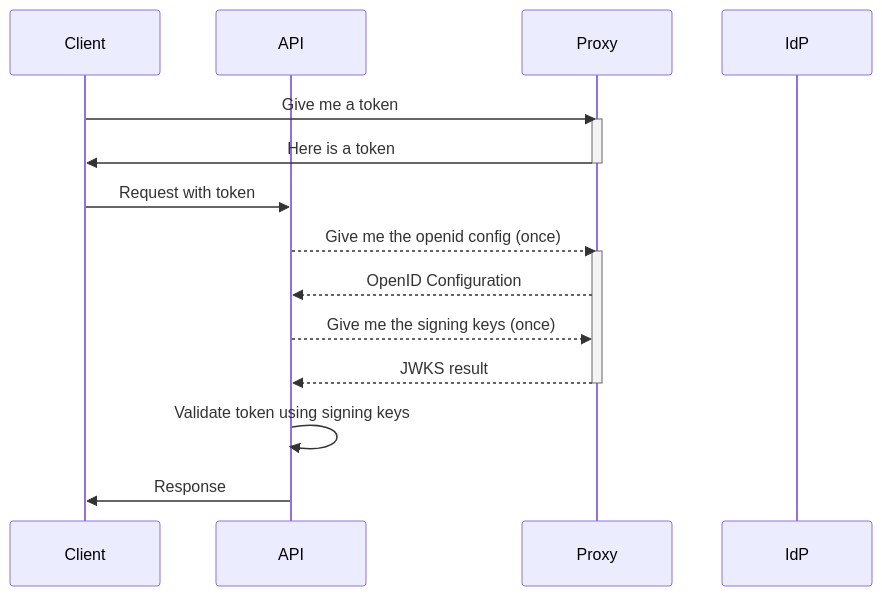
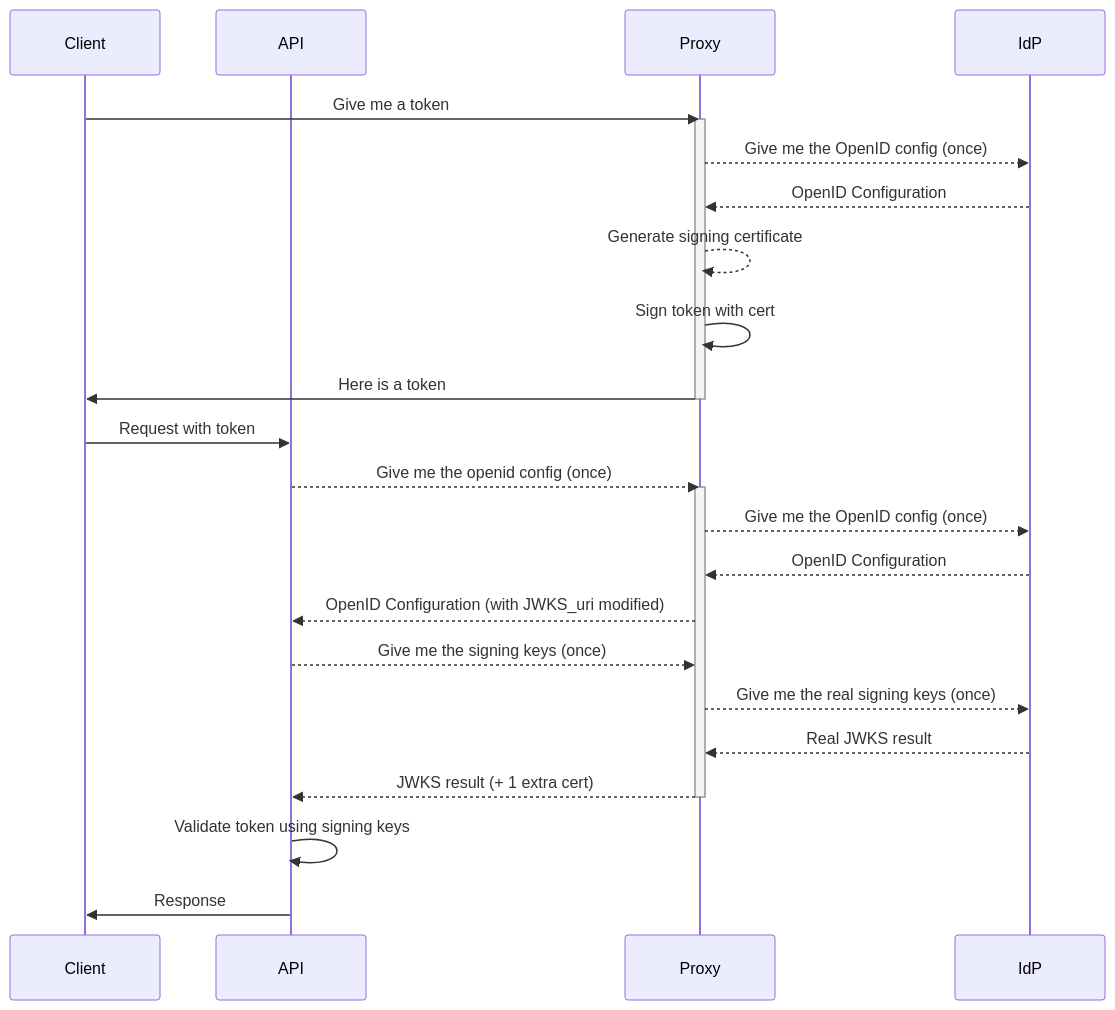
One commit to svrooij/identityproxy changed the second of 2 diagrams in README.md. Above: the diagram before and after it, drawn with Mermaid. The commit also changed other lines of this file and 7 other files, not shown here.

````diff
--- a/README.md
+++ b/README.md
@@ -33,20 +116,28 @@
 ```mermaid
   sequenceDiagram
     participant Client
     participant API
     participant Proxy
     participant IdP
     Client->>Proxy: Give me a token
     activate Proxy
+    Proxy-->>IdP: Give me the OpenID config (once)
+    IdP-->>Proxy: OpenID Configuration
+    Proxy-->>Proxy: Generate signing certificate
+    Proxy->>Proxy: Sign token with cert
     Proxy->>Client: Here is a token
     deactivate Proxy
     Client->>API: Request with token
     API-->>Proxy: Give me the openid config (once)
     activate Proxy
-    Proxy-->>API: OpenID Configuration
+    Proxy-->>IdP: Give me the OpenID config (once)
+    IdP-->>Proxy: OpenID Configuration
+    Proxy-->>API: OpenID Configuration (with JWKS_uri modified)
     API-->>Proxy: Give me the signing keys (once)
-    Proxy-->>API: JWKS result
+    Proxy-->>IdP: Give me the real signing keys (once)
+    IdP-->>Proxy: Real JWKS result
+    Proxy-->>API: JWKS result (+ 1 extra cert)
     deactivate Proxy
     API->>API: Validate token using signing keys
     API->>Client: Response
 ```
````
